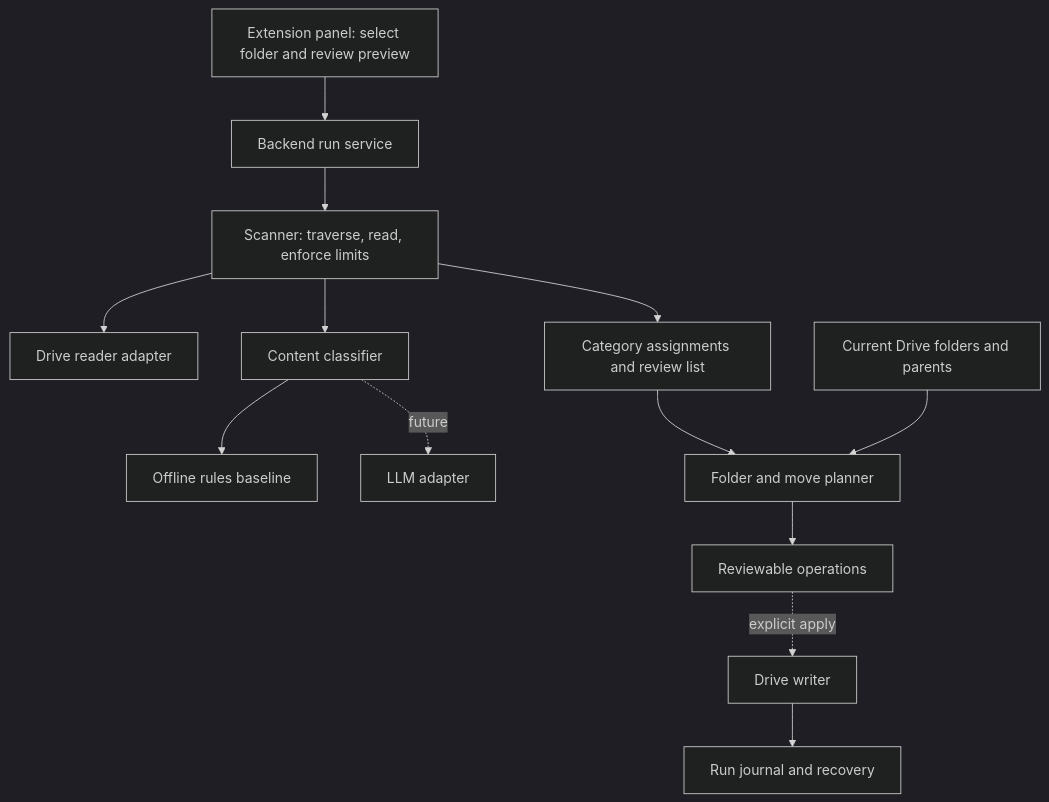
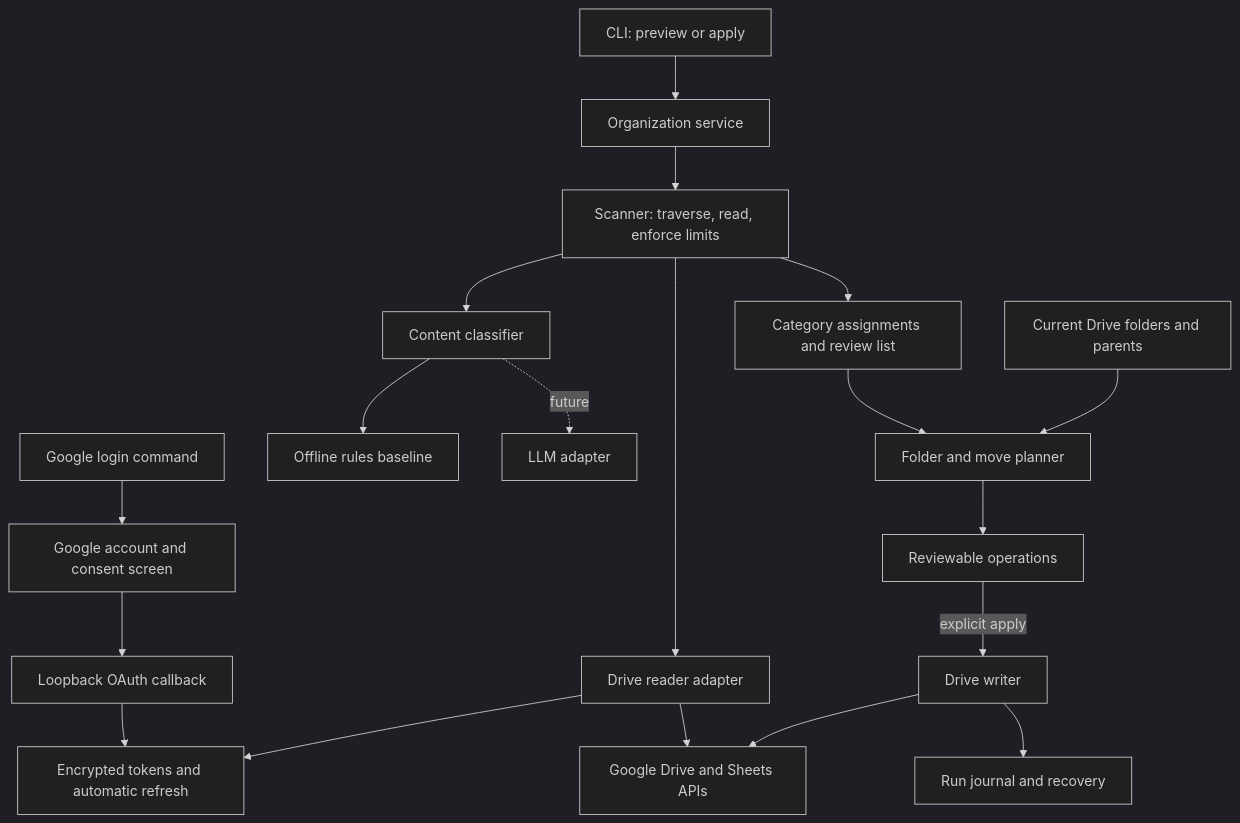
Before and after one commit to skwagz/Braino: the first of 3 diagrams in docs/architecture.md, drawn with Mermaid (dark theme). The commit also changed other lines of this file and 16 other files, not shown here.

Commit message:
Add Google login, Drive organization workflow and project architecture

````diff
--- a/docs/architecture.md
+++ b/docs/architecture.md
@@ -11,15 +25,21 @@
 ```mermaid
 flowchart TD
-  UI[Extension panel: select folder and review preview] --> Service[Backend run service]
+  UI[CLI: preview or apply] --> Service[Organization service]
+  Login[Google login command] --> Consent[Google account and consent screen]
+  Consent --> Callback[Loopback OAuth callback]
+  Callback --> Tokens[Encrypted tokens and automatic refresh]
   Service --> Scanner[Scanner: traverse, read, enforce limits]
   Scanner --> Reader[Drive reader adapter]
+  Reader --> Tokens
+  Reader --> APIs[Google Drive and Sheets APIs]
   Scanner --> Classifier[Content classifier]
   Classifier --> Rules[Offline rules baseline]
   Classifier -. future .-> LLM[LLM adapter]
   Scanner --> Structure[Category assignments and review list]
   Structure --> Planner[Folder and move planner]
   Metadata[Current Drive folders and parents] --> Planner
   Planner --> Preview[Reviewable operations]
-  Preview -. explicit apply .-> Writer[Drive writer]
+  Preview -->|explicit apply| Writer[Drive writer]
+  Writer --> APIs
   Writer --> Journal[Run journal and recovery]
 ```
````
